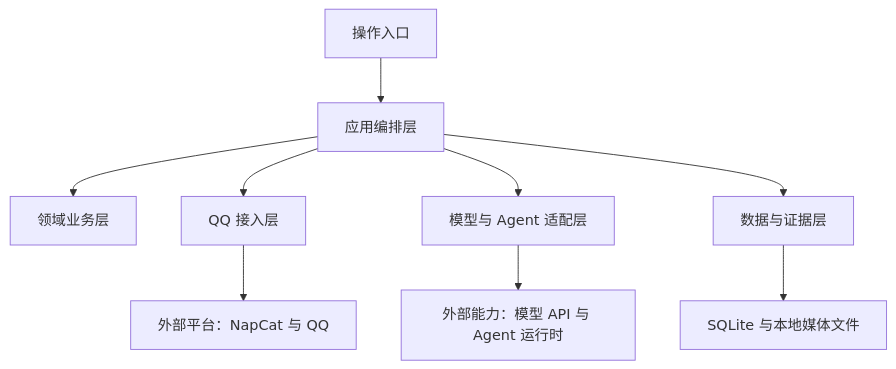
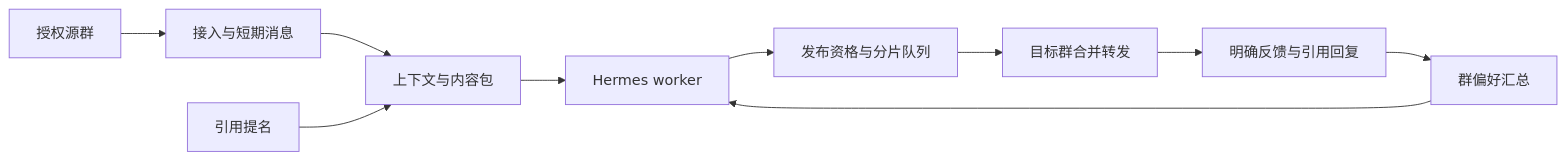
The diagram in doc/design.md (mydefinition/pullshit), drawn with Mermaid before and after one commit. The commit also changed other lines of this file and 48 other files, not shown here.

````diff
--- a/doc/design.md
+++ b/doc/design.md
@@ -56,11 +7,12 @@
 ```mermaid
-flowchart TB
-    Entry[操作入口] --> App[应用编排层]
-    App --> Domain[领域业务层]
-    App --> QQ[QQ 接入层]
-    App --> Model[模型与 Agent 适配层]
-    App --> Evidence[数据与证据层]
-    QQ --> Platform[外部平台：NapCat 与 QQ]
-    Model --> Provider[外部能力：模型 API 与 Agent 运行时]
-    Evidence --> Storage[SQLite 与本地媒体文件]
+flowchart LR
+    QQ[授权源群] --> In[接入与短期消息]
+    In --> Bundle[上下文与内容包]
+    Bundle --> Agent[Hermes worker]
+    Agent --> Queue[发布资格与分片队列]
+    Queue --> Target[目标群合并转发]
+    Target --> Feedback[明确反馈与引用回复]
+    Feedback --> Preferences[群偏好汇总]
+    Preferences --> Agent
+    Manual[引用提名] --> Bundle
 ```
````
